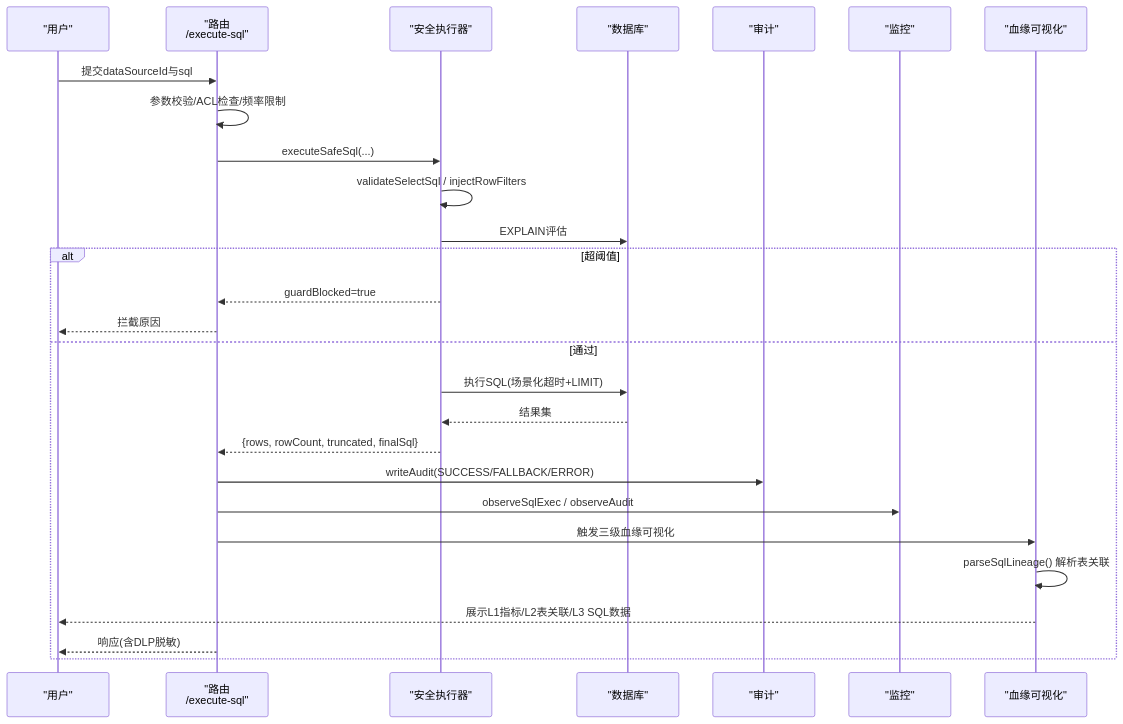
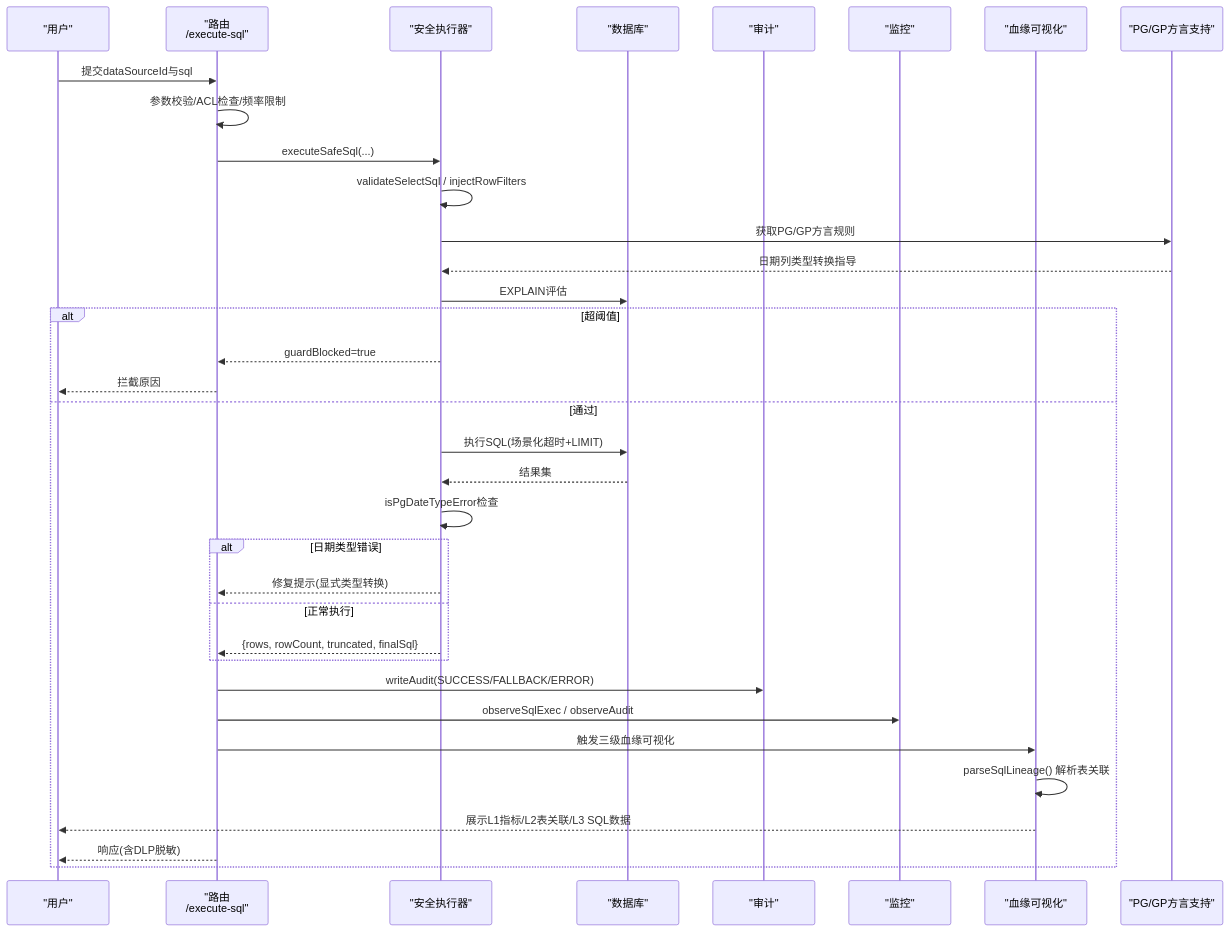
One commit to dgjin/smart-data-analytics changed the fifth of 7 diagrams in .qoder/repowiki/zh/content/系统架构/核心组件详解/查询处理引擎/SQL执行器与安全控制.md. Above: the diagram before and after it, drawn with Mermaid. The commit also changed other lines of this file and 146 other files, not shown here.

````diff
--- a/.qoder/repowiki/zh/content/系统架构/核心组件详解/查询处理引擎/SQL执行器与安全控制.md
+++ b/.qoder/repowiki/zh/content/系统架构/核心组件详解/查询处理引擎/SQL执行器与安全控制.md
@@ -392,29 +543,37 @@
 ```mermaid
 sequenceDiagram
 participant U as "用户"
 participant R as "路由<br/>/execute-sql"
 participant E as "安全执行器"
 participant D as "数据库"
 participant AU as "审计"
 participant M as "监控"
 participant L as "血缘可视化"
+participant P as "PG/GP方言支持"
 U->>R : 提交dataSourceId与sql
 R->>R : 参数校验/ACL检查/频率限制
 R->>E : executeSafeSql(...)
 E->>E : validateSelectSql / injectRowFilters
+E->>P : 获取PG/GP方言规则
+P-->>E : 日期列类型转换指导
 E->>D : EXPLAIN评估
 alt 超阈值
 E-->>R : guardBlocked=true
 R-->>U : 拦截原因
 else 通过
 E->>D : 执行SQL(场景化超时+LIMIT)
 D-->>E : 结果集
+E->>E : isPgDateTypeError检查
+alt 日期类型错误
+E-->>R : 修复提示(显式类型转换)
+else 正常执行
 E-->>R : {rows, rowCount, truncated, finalSql}
+end
 R->>AU : writeAudit(SUCCESS/FALLBACK/ERROR)
 R->>M : observeSqlExec / observeAudit
 R->>L : 触发三级血缘可视化
 L->>L : parseSqlLineage() 解析表关联
 L-->>U : 展示L1指标/L2表关联/L3 SQL数据
 R-->>U : 响应(含DLP脱敏)
 end
 ```
````
